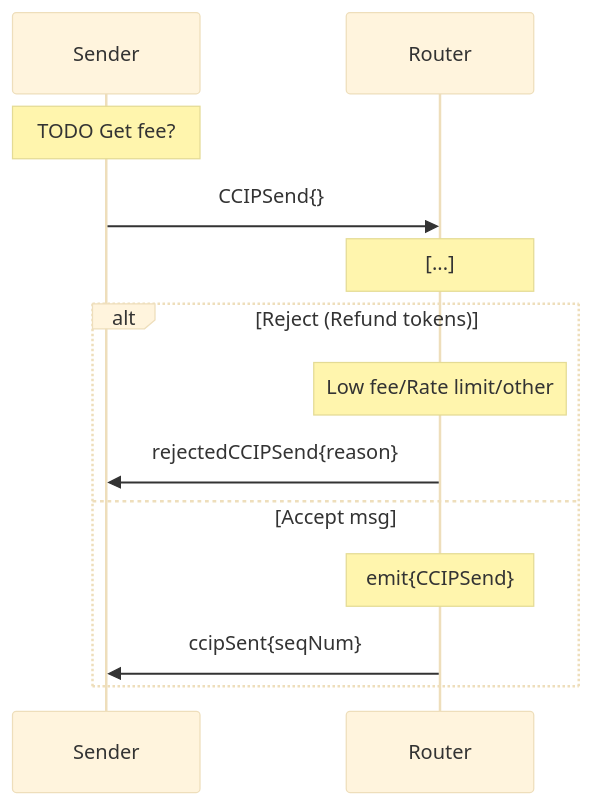
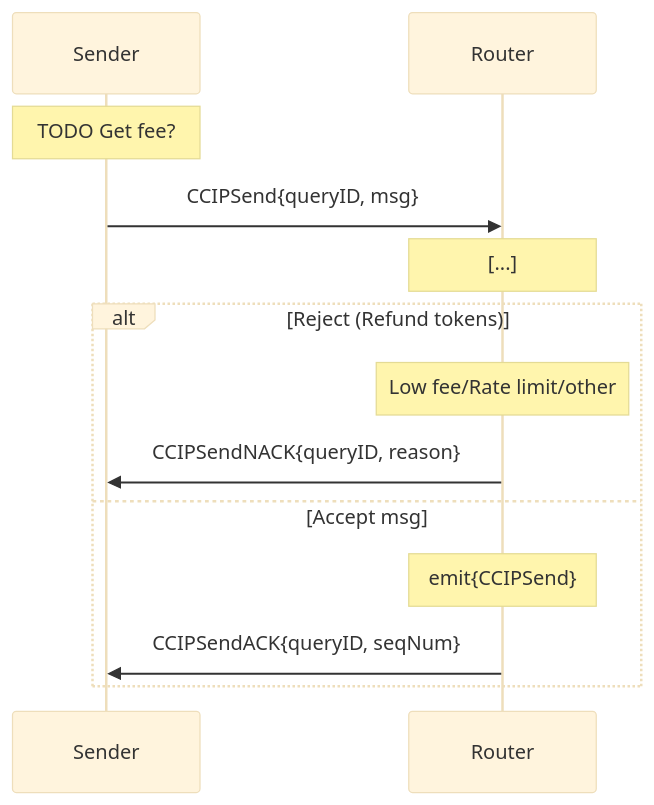
Before and after one commit to fork-the-planet/smartcontractkit___chainlink-ton: the first of 2 diagrams in docs/contracts/ccip/flow/onramp/user-interface.md, drawn with Mermaid (base theme). The commit also changed other lines of this file and 25 other files, not shown here.

````diff
--- a/docs/contracts/ccip/flow/onramp/user-interface.md
+++ b/docs/contracts/ccip/flow/onramp/user-interface.md
@@ -5,19 +5,19 @@
 ```mermaid
 sequenceDiagram
     participant U as Sender
     participant R as Router
 
     Note over U: TODO Get fee?
 
-    U ->> R: CCIPSend{}
+    U ->> R: CCIPSend{queryID, msg}
     
     Note over R: [...]
     alt Reject (Refund tokens)
     Note over R: Low fee/Rate limit/other
-    R ->> U: rejectedCCIPSend{reason}
+    R ->> U: CCIPSendNACK{queryID, reason}
   
     else Accept msg
     Note over R: emit{CCIPSend}
-    R ->> U: ccipSent{seqNum}
+    R ->> U: CCIPSendACK{queryID, seqNum}
     end
 ```
````
